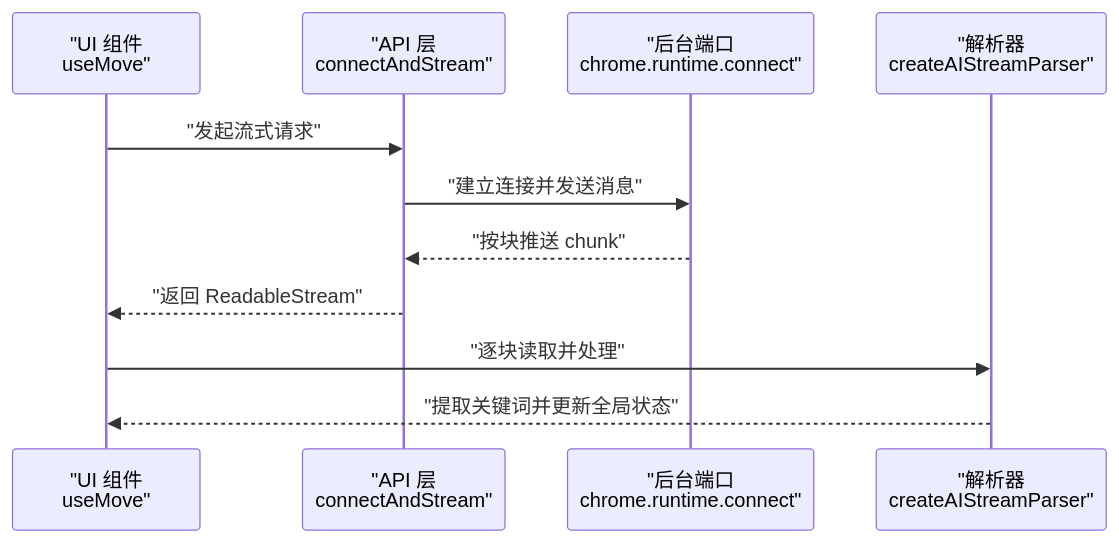
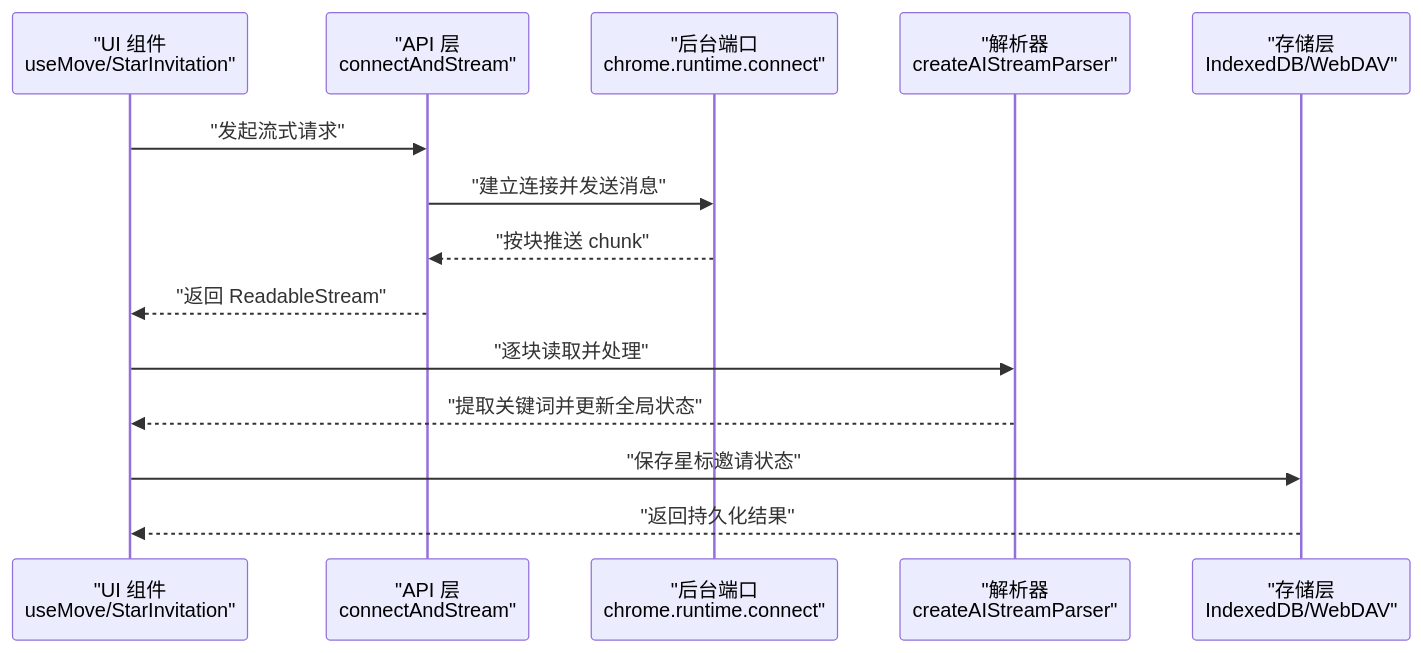
The second of 10 diagrams in .qoder/repowiki/zh/content/开发指南/测试策略与实践.md (RadiumAg/bilibili-favorites), drawn with Mermaid before and after one commit. The commit also changed other lines of this file and 47 other files, not shown here.

````diff
--- a/.qoder/repowiki/zh/content/开发指南/测试策略与实践.md
+++ b/.qoder/repowiki/zh/content/开发指南/测试策略与实践.md
@@ -120,13 +134,16 @@
 ```mermaid
 sequenceDiagram
-participant UI as "UI 组件<br/>useMove"
+participant UI as "UI 组件<br/>useMove/StarInvitation"
 participant API as "API 层<br/>connectAndStream"
 participant BG as "后台端口<br/>chrome.runtime.connect"
 participant Parser as "解析器<br/>createAIStreamParser"
+participant Storage as "存储层<br/>IndexedDB/WebDAV"
 UI->>API : "发起流式请求"
 API->>BG : "建立连接并发送消息"
 BG-->>API : "按块推送 chunk"
 API-->>UI : "返回 ReadableStream"
 UI->>Parser : "逐块读取并处理"
 Parser-->>UI : "提取关键词并更新全局状态"
+UI->>Storage : "保存星标邀请状态"
+Storage-->>UI : "返回持久化结果"
 ```
````
